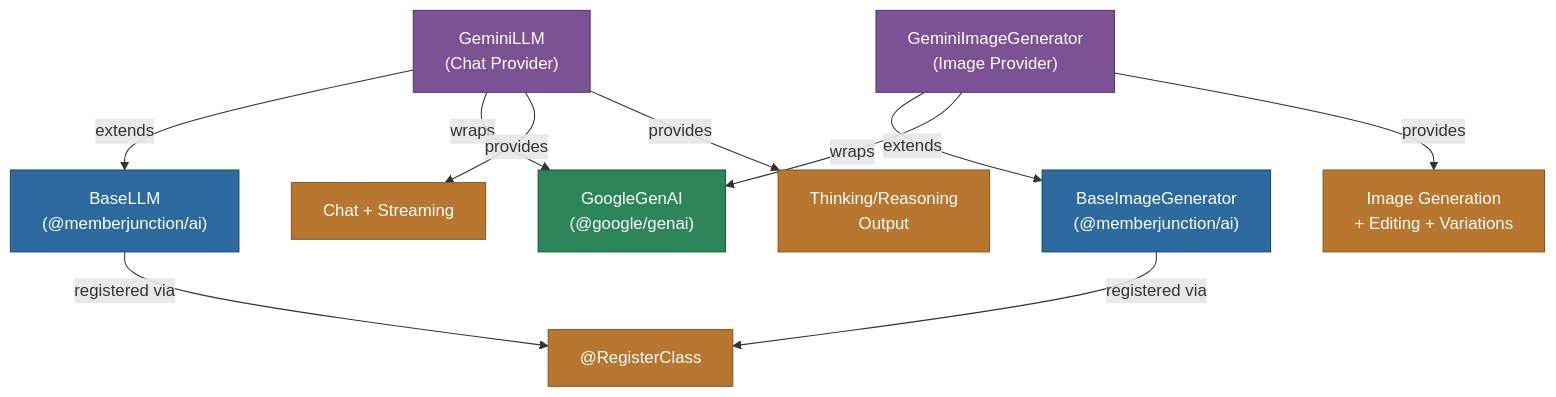
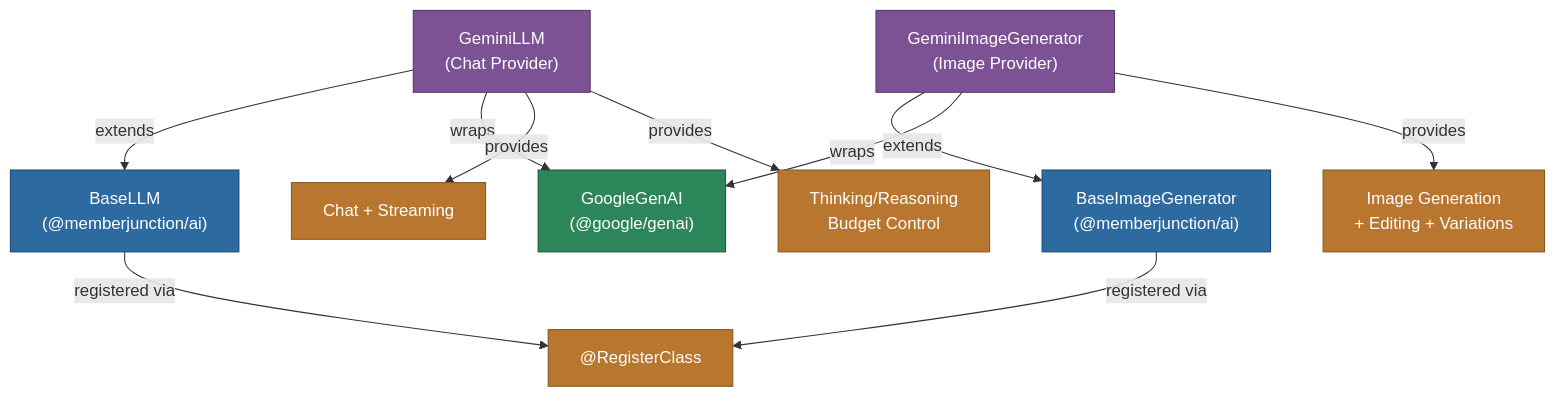
The diagram in packages/AI/Providers/Gemini/readme.md (MemberJunction/MJ), drawn with Mermaid before and after one commit. The commit also changed other lines of this file and 60 other files, not shown here.

````diff
--- a/packages/AI/Providers/Gemini/readme.md
+++ b/packages/AI/Providers/Gemini/readme.md
@@ -9,22 +9,22 @@
 ```mermaid
 graph TD
     A["GeminiLLM<br/>(Chat Provider)"] -->|extends| B["BaseLLM<br/>(@memberjunction/ai)"]
     C["GeminiImageGenerator<br/>(Image Provider)"] -->|extends| D["BaseImageGenerator<br/>(@memberjunction/ai)"]
     A -->|wraps| E["GoogleGenAI<br/>(@google/genai)"]
     C -->|wraps| E
     A -->|provides| F["Chat + Streaming"]
-    A -->|provides| G["Thinking/Reasoning<br/>Output"]
+    A -->|provides| G["Thinking/Reasoning<br/>Budget Control"]
     C -->|provides| H["Image Generation<br/>+ Editing + Variations"]
     B -->|registered via| I["@RegisterClass"]
     D -->|registered via| I
 
     style A fill:#7c5295,stroke:#563a6b,color:#fff
     style C fill:#7c5295,stroke:#563a6b,color:#fff
     style B fill:#2d6a9f,stroke:#1a4971,color:#fff
     style D fill:#2d6a9f,stroke:#1a4971,color:#fff
     style E fill:#2d8659,stroke:#1a5c3a,color:#fff
     style F fill:#b8762f,stroke:#8a5722,color:#fff
     style G fill:#b8762f,stroke:#8a5722,color:#fff
     style H fill:#b8762f,stroke:#8a5722,color:#fff
     style I fill:#b8762f,stroke:#8a5722,color:#fff
 ```
````
